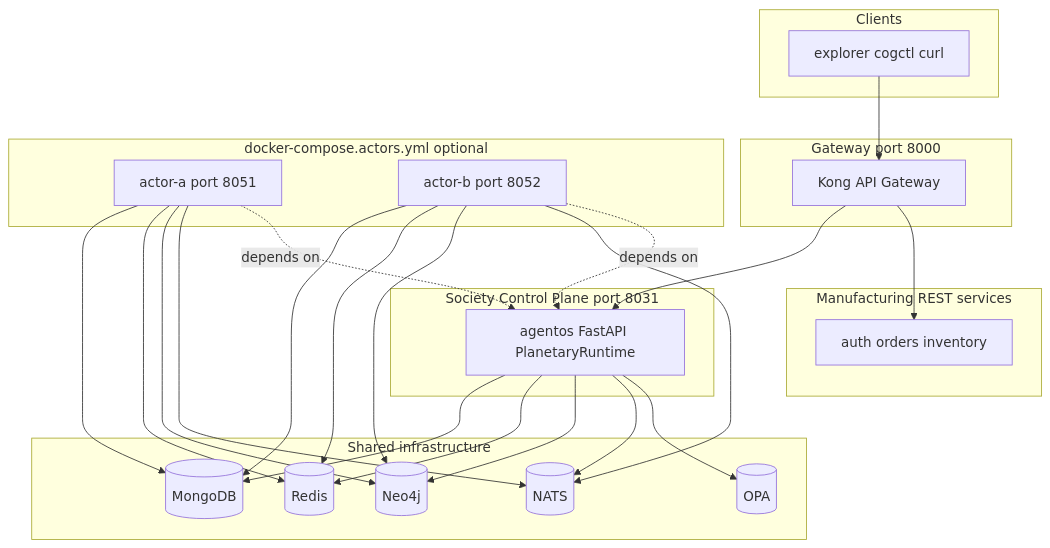
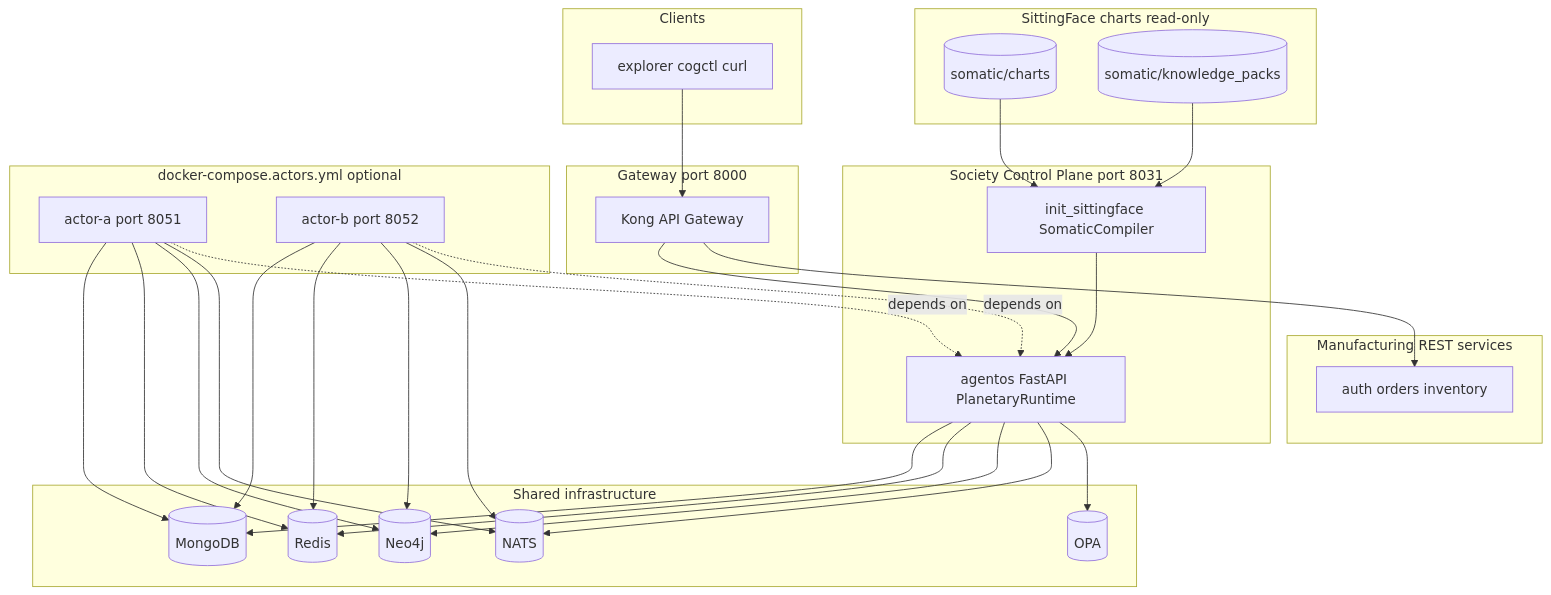
One commit to monkeypatched-stack/cogitive-os changed the fourth of 25 diagrams in docs/DIAGRAMS.md. Above: the diagram before and after it, drawn with Mermaid. The commit also changed other lines of this file, not shown here.

Commit message:
adding diagrams

````diff
--- a/docs/DIAGRAMS.md
+++ b/docs/DIAGRAMS.md
@@ -155,50 +200,59 @@
 ```mermaid
 flowchart TB
     subgraph clientsGrp["Clients"]
         UI["explorer cogctl curl"]
     end
 
     subgraph gatewayGrp["Gateway port 8000"]
         KONG["Kong API Gateway"]
     end
 
     subgraph controlGrp["Society Control Plane port 8031"]
         AGENTOS["agentos FastAPI PlanetaryRuntime"]
+        SFBOOT["init_sittingface SomaticCompiler"]
+    end
+
+    subgraph chartsGrp["SittingFace charts read-only"]
+        SOMATIC[("somatic/charts")]
+        PACKS[("somatic/knowledge_packs")]
     end
 
     subgraph domainGrp["Manufacturing REST services"]
         AUTH["auth orders inventory"]
     end
 
     subgraph infraGrp["Shared infrastructure"]
         MONGO[("MongoDB")]
         REDIS[("Redis")]
         NEO[("Neo4j")]
         NATS[("NATS")]
         OPA[("OPA")]
     end
 
     subgraph actorsGrp["docker-compose.actors.yml optional"]
         A1["actor-a port 8051"]
         A2["actor-b port 8052"]
     end
 
     UI --> KONG
     KONG --> AGENTOS
+    SOMATIC --> SFBOOT
+    PACKS --> SFBOOT
+    SFBOOT --> AGENTOS
     KONG --> AUTH
     AGENTOS --> MONGO
     AGENTOS --> REDIS
     AGENTOS --> NEO
     AGENTOS --> NATS
     AGENTOS --> OPA
     A1 --> MONGO
     A1 --> REDIS
     A1 --> NEO
     A1 --> NATS
     A2 --> MONGO
     A2 --> REDIS
     A2 --> NEO
     A2 --> NATS
     A1 -.->|depends on| AGENTOS
     A2 -.->|depends on| AGENTOS
 ```
````
